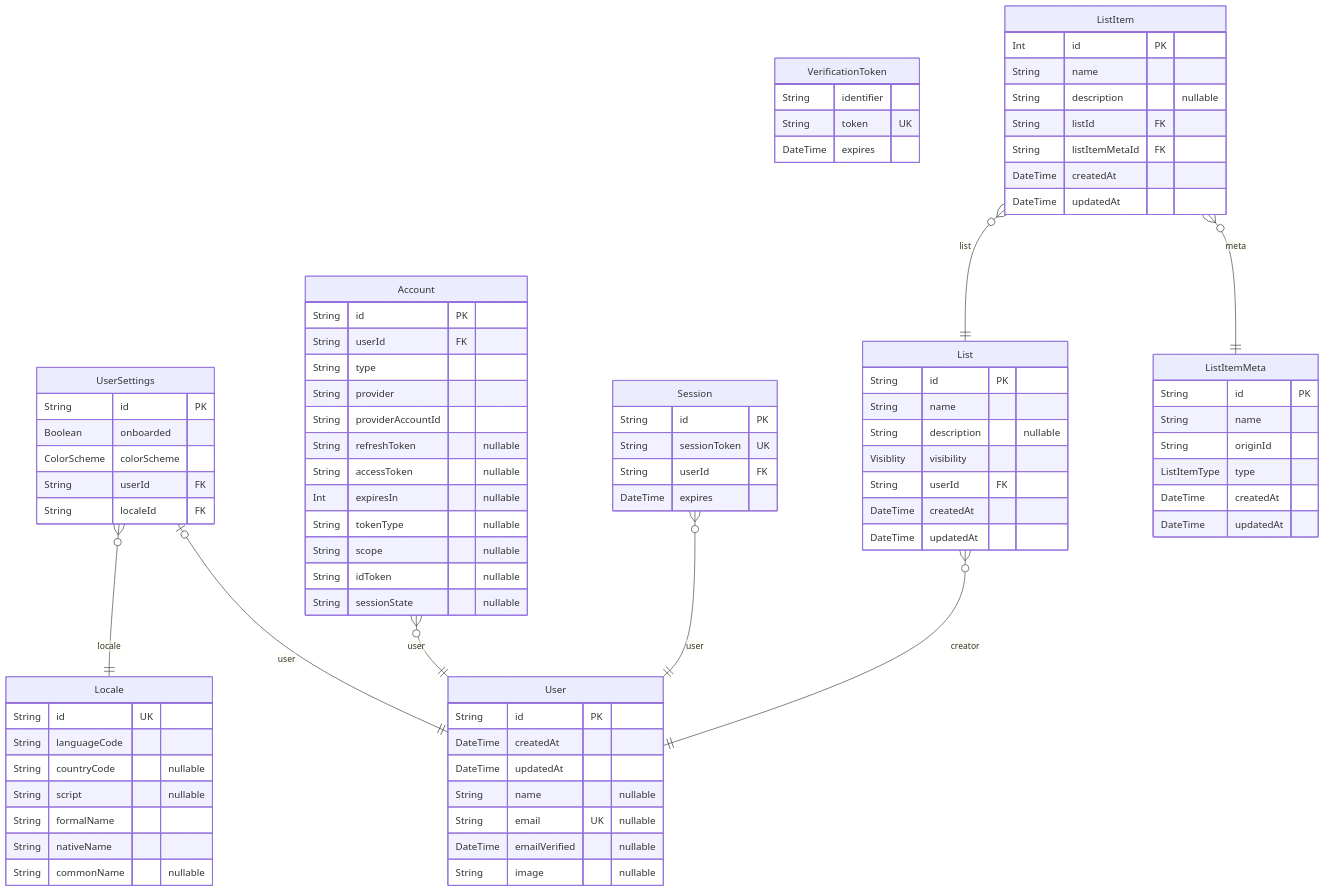
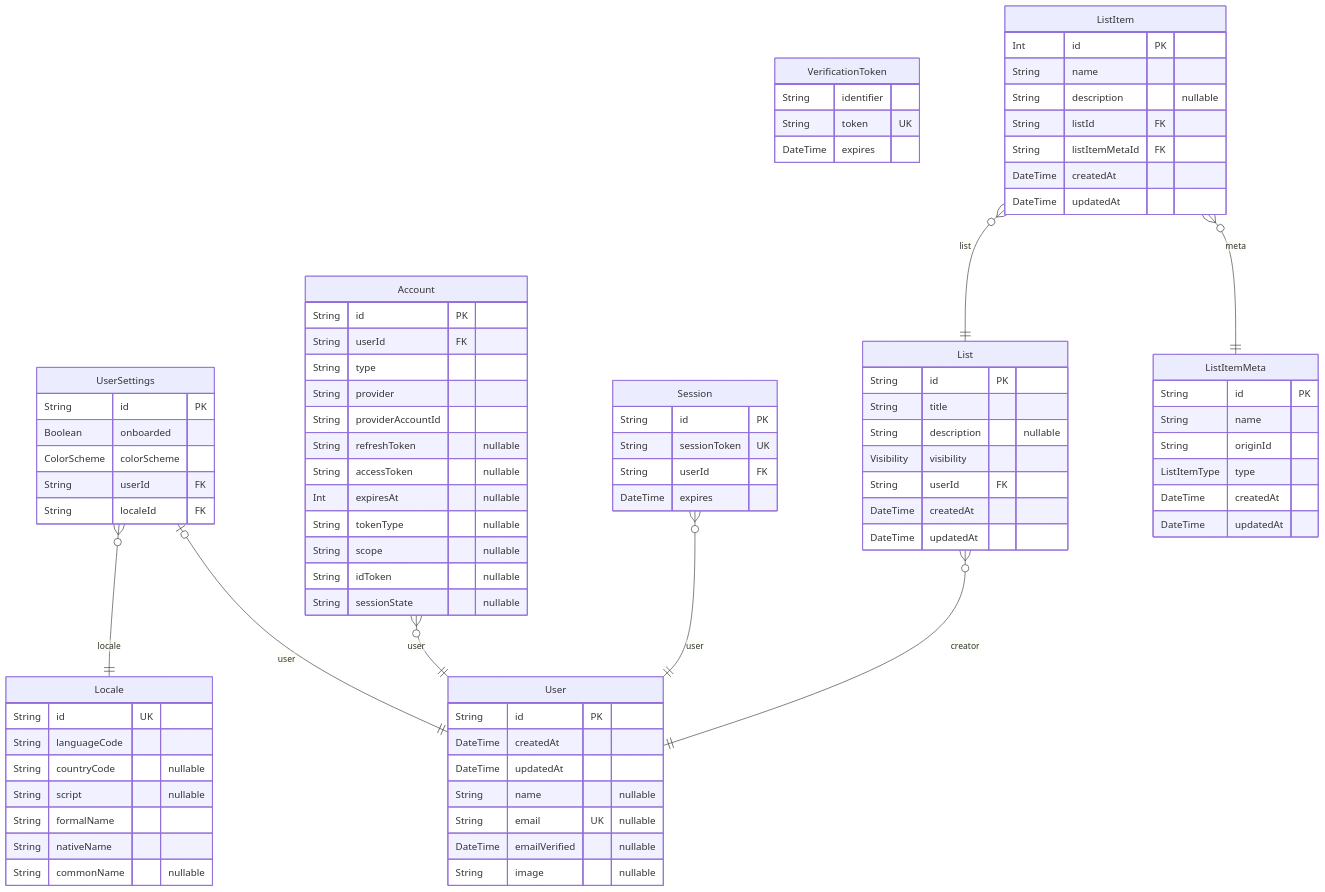
One commit to SedatUygur/YouTube-Mate changed the diagram in YouTube-Mate/prisma/YouTubeMate-ERD.md. Above: the diagram before and after it, drawn with Mermaid. The commit also changed other lines of this file and 27 other files, not shown here.

```diff
--- a/YouTube-Mate/prisma/YouTubeMate-ERD.md
+++ b/YouTube-Mate/prisma/YouTubeMate-ERD.md
@@ -41,7 +39,7 @@
   String providerAccountId
   String refreshToken "nullable"
   String accessToken "nullable"
-  Int expiresIn "nullable"
+  Int expiresAt "nullable"
   String tokenType "nullable"
   String scope "nullable"
   String idToken "nullable"
@@ -60,9 +58,9 @@
 }
 "List" {
   String id PK
-  String name
+  String title
   String description "nullable"
-  Visiblity visibility
+  Visibility visibility
   String userId FK
   DateTime createdAt
   DateTime updatedAt
```
